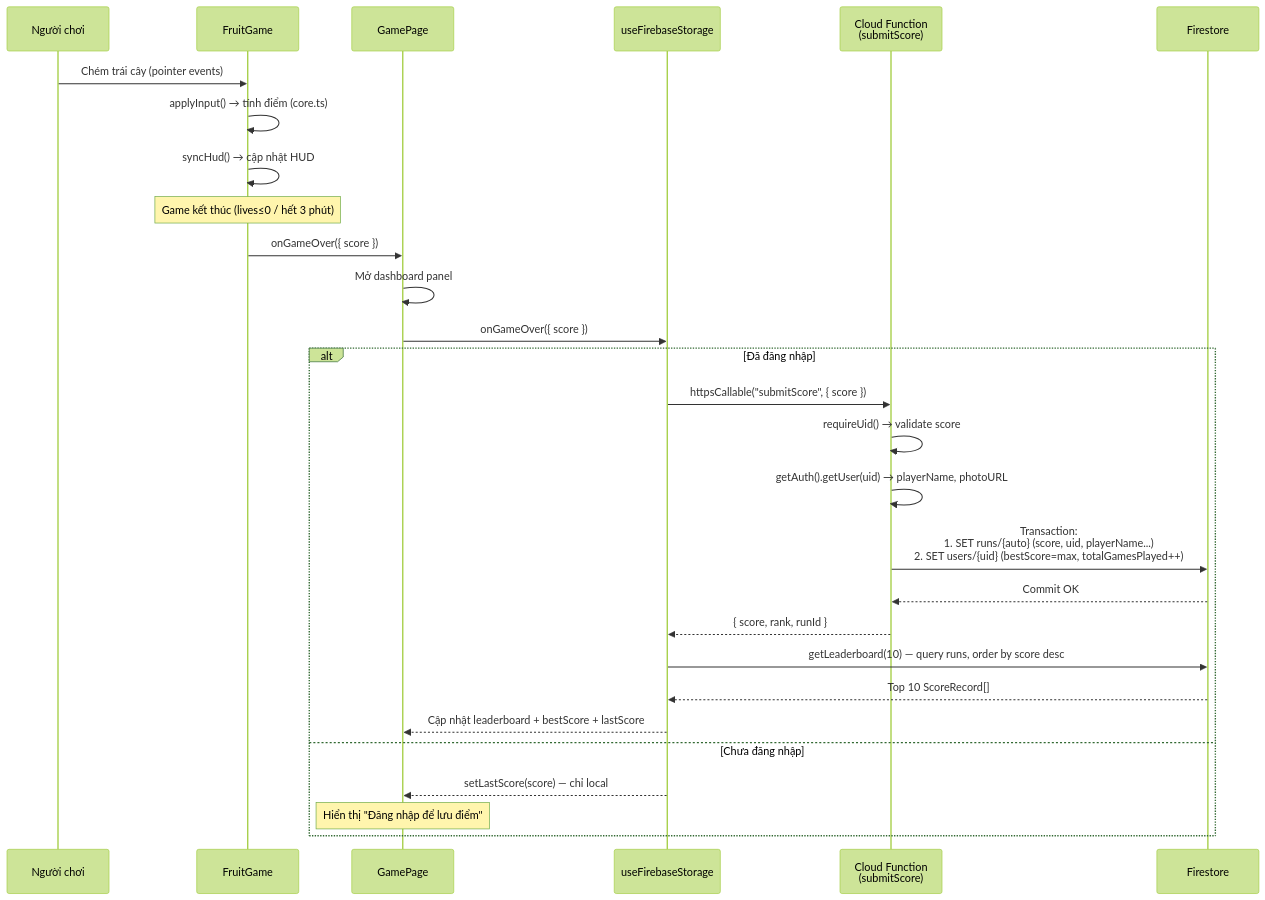
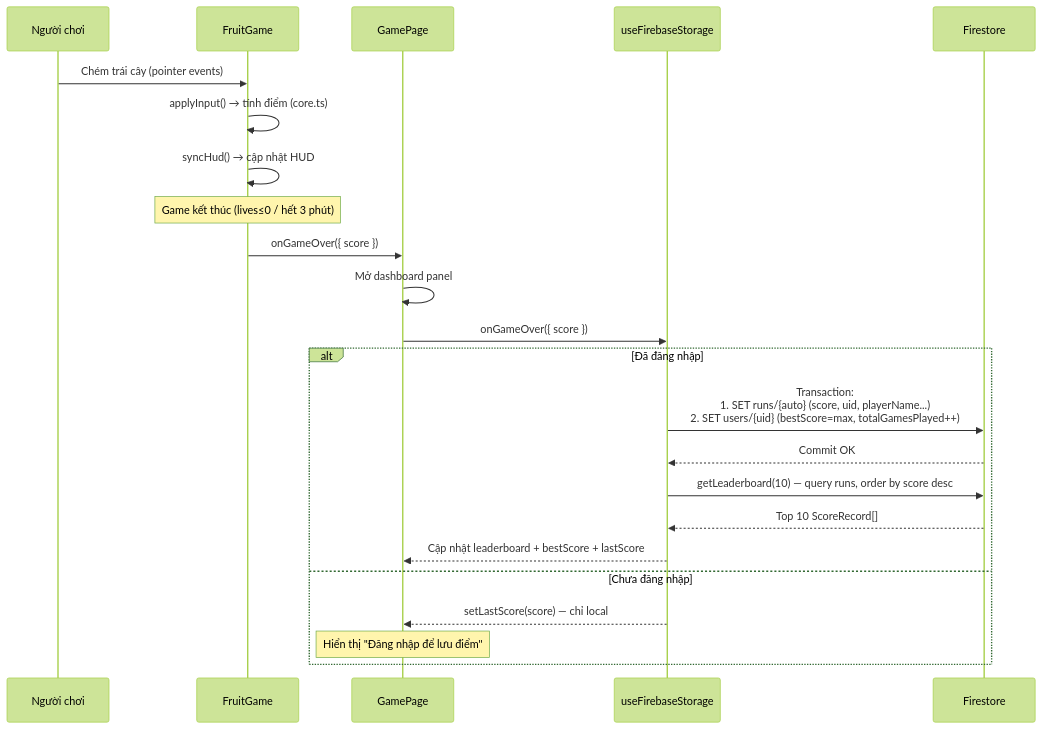
Before and after one commit to tducn110/fruit-slashing: the third of 5 diagrams in architecture.md, drawn with Mermaid (forest theme). The commit also changed other lines of this file and 9 other files, not shown here.

````diff
--- a/architecture.md
+++ b/architecture.md
@@ -297,34 +276,29 @@
 ```mermaid
 sequenceDiagram
     participant U as Người chơi
     participant FG as FruitGame
     participant GP as GamePage
     participant FS as useFirebaseStorage
-    participant CF as Cloud Function<br/>(submitScore)
     participant DB as Firestore
 
     U->>FG: Chém trái cây (pointer events)
     FG->>FG: applyInput() → tính điểm (core.ts)
     FG->>FG: syncHud() → cập nhật HUD
 
     Note over FG: Game kết thúc (lives≤0 / hết 3 phút)
 
     FG->>GP: onGameOver({ score })
     GP->>GP: Mở dashboard panel
     GP->>FS: onGameOver({ score })
 
     alt Đã đăng nhập
-        FS->>CF: httpsCallable("submitScore", { score })
-        CF->>CF: requireUid() → validate score
-        CF->>CF: getAuth().getUser(uid) → playerName, photoURL
-        CF->>DB: Transaction:<br/>1. SET runs/{auto} (score, uid, playerName...)<br/>2. SET users/{uid} (bestScore=max, totalGamesPlayed++)
-        DB-->>CF: Commit OK
-        CF-->>FS: { score, rank, runId }
+        FS->>DB: Transaction:<br/>1. SET runs/{auto} (score, uid, playerName...)<br/>2. SET users/{uid} (bestScore=max, totalGamesPlayed++)
+        DB-->>FS: Commit OK
         FS->>DB: getLeaderboard(10) — query runs, order by score desc
         DB-->>FS: Top 10 ScoreRecord[]
         FS-->>GP: Cập nhật leaderboard + bestScore + lastScore
     else Chưa đăng nhập
         FS-->>GP: setLastScore(score) — chỉ local
         Note over GP: Hiển thị "Đăng nhập để lưu điểm"
     end
 ```
````
